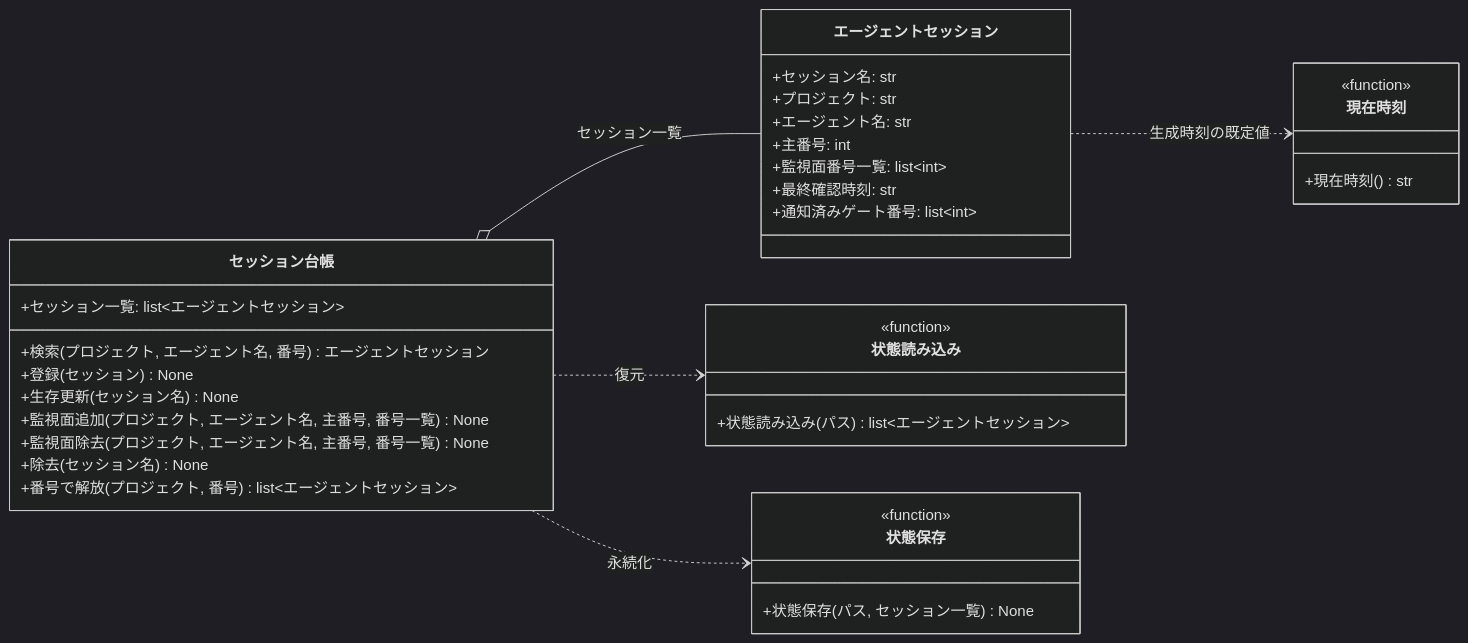
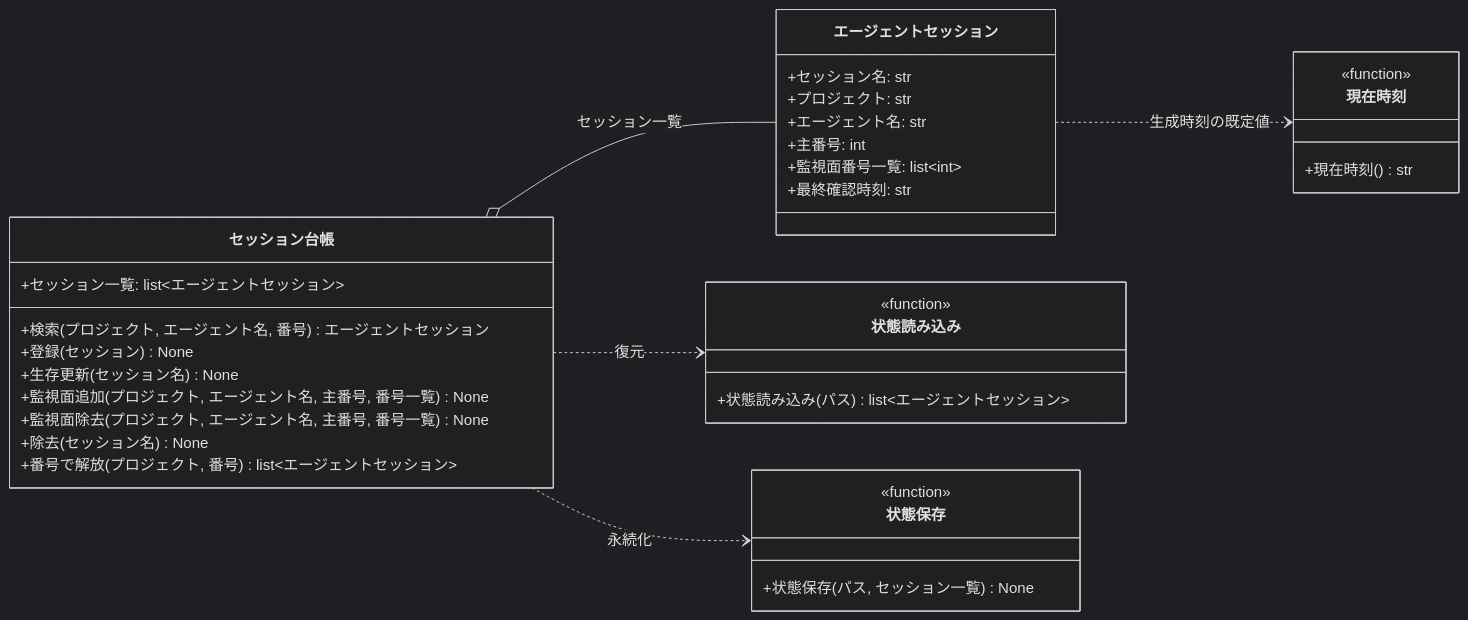
One commit to shuhei1101/ai-monitor changed the third of 5 diagrams in docs/wiki/設計図/モジュール構成/モニター/エージェント管理.py.md. Above: the diagram before and after it, drawn with Mermaid (dark theme). The commit also changed other lines of this file and 174 other files, not shown here.

````diff
--- a/docs/wiki/設計図/モジュール構成/モニター/エージェント管理.py.md
+++ b/docs/wiki/設計図/モジュール構成/モニター/エージェント管理.py.md
@@ -165,46 +165,45 @@
 ```mermaid
 classDiagram
   direction LR
   セッション台帳 o-- エージェントセッション : セッション一覧
   セッション台帳 ..> 状態読み込み : 復元
   セッション台帳 ..> 状態保存 : 永続化
   エージェントセッション ..> 現在時刻 : 生成時刻の既定値
 
   class セッション台帳 {
     +セッション一覧: list~エージェントセッション~
     +検索(プロジェクト, エージェント名, 番号) エージェントセッション
     +登録(セッション) None
     +生存更新(セッション名) None
     +監視面追加(プロジェクト, エージェント名, 主番号, 番号一覧) None
     +監視面除去(プロジェクト, エージェント名, 主番号, 番号一覧) None
     +除去(セッション名) None
     +番号で解放(プロジェクト, 番号) list~エージェントセッション~
   }
   class エージェントセッション {
     +セッション名: str
     +プロジェクト: str
     +エージェント名: str
     +主番号: int
     +監視面番号一覧: list~int~
     +最終確認時刻: str
-    +通知済みゲート番号: list~int~
   }
   class 現在時刻 {
     <<function>>
     +現在時刻() str
   }
   class 状態読み込み {
     <<function>>
     +状態読み込み(パス) list~エージェントセッション~
   }
   class 状態保存 {
     <<function>>
     +状態保存(パス, セッション一覧) None
   }
 
   click セッション台帳 href "#セッション台帳"
   click エージェントセッション href "#エージェントセッション"
   click 現在時刻 href "#現在時刻"
   click 状態読み込み href "#状態読み込み"
   click 状態保存 href "#状態保存"
 ```
````
